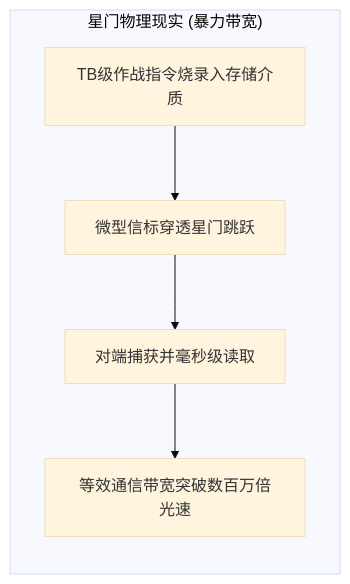
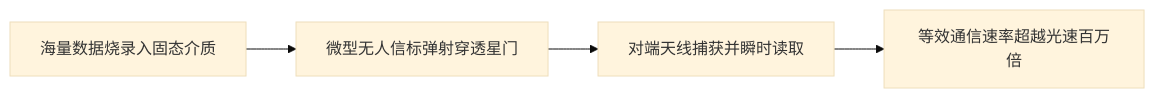
The first of 3 diagrams in src/content/blog/tachyonic-antitelephone-ftl-ping-pong-causality.md (unendev/unendev.github.io), drawn with Mermaid (base theme) before and after one commit. The commit also changed other lines of this file and 1 other file, not shown here.

````diff
--- a/src/content/blog/tachyonic-antitelephone-ftl-ping-pong-causality.md
+++ b/src/content/blog/tachyonic-antitelephone-ftl-ping-pong-causality.md
@@ -38,8 +35,6 @@
 ```mermaid
 flowchart LR
-    subgraph StargateReality["星门物理现实 (暴力带宽)"]
-        D1["TB级作战指令烧录入存储介质"] --> D2["微型信标穿透星门跳跃"]
-        D2 --> D3["对端捕获并毫秒级读取"]
-        D3 --> D4["等效通信带宽突破数百万倍光速"]
-    end
+    D1["海量数据烧录入固态介质"] --> D2["微型无人信标弹射穿透星门"]
+    D2 --> D3["对端天线捕获并瞬时读取"]
+    D3 --> D4["等效通信速率超越光速百万倍"]
 ```
````
